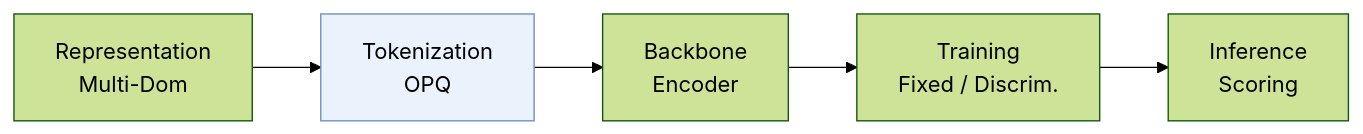
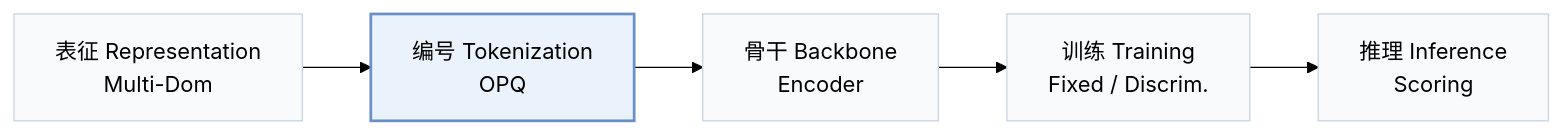
One commit to Galaxy-ghost/Awesome-SID-Generative-Rec changed the first of 3 diagrams in pages/zh/papers/vq-rec.md. Above: the diagram before and after it, drawn with Mermaid (forest theme). The commit also changed other lines of this file and 649 other files, not shown here.

Commit message:
writer-05: also tags and modality index (schema, check, build, visuals); summary field removed; calibration data for 12 papers

````diff
--- a/pages/zh/papers/vq-rec.md
+++ b/pages/zh/papers/vq-rec.md
@@ -13,6 +15,8 @@
 ```mermaid
 flowchart LR
-    R["Representation<br/>Multi-Dom"] --> T["Tokenization<br/>OPQ"] --> B["Backbone<br/>Encoder"] --> TR["Training<br/>Fixed / Discrim."] --> I["Inference<br/>Scoring"]
-    classDef main fill:#eaf2fb,stroke:#6b8fc7
+    R["表征 Representation<br/>Multi-Dom"] --> T["编号 Tokenization<br/>OPQ"] --> B["骨干 Backbone<br/>Encoder"] --> TR["训练 Training<br/>Fixed / Discrim."] --> I["推理 Inference<br/>Scoring"]
+    classDef base fill:#f8fafc,stroke:#cbd5e1
+    class R,T,B,TR,I base
+    classDef main fill:#eaf2fb,stroke:#6b8fc7,stroke-width:2px
     class T main
 ```
````
